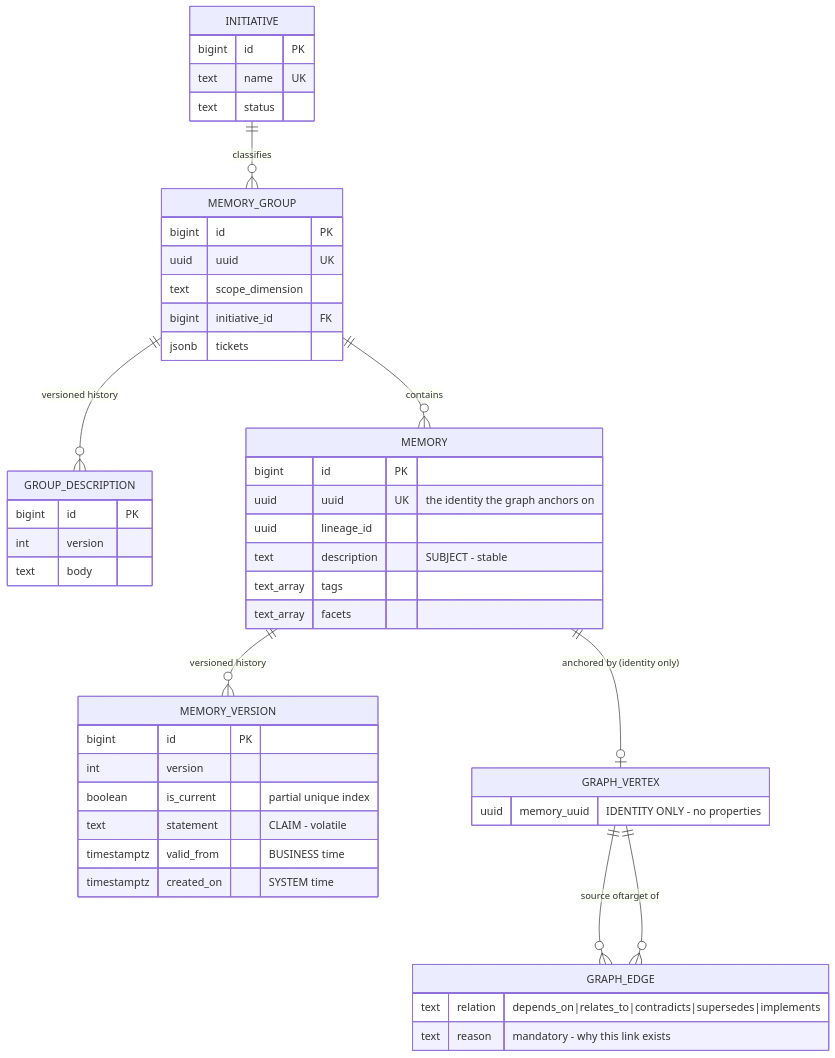
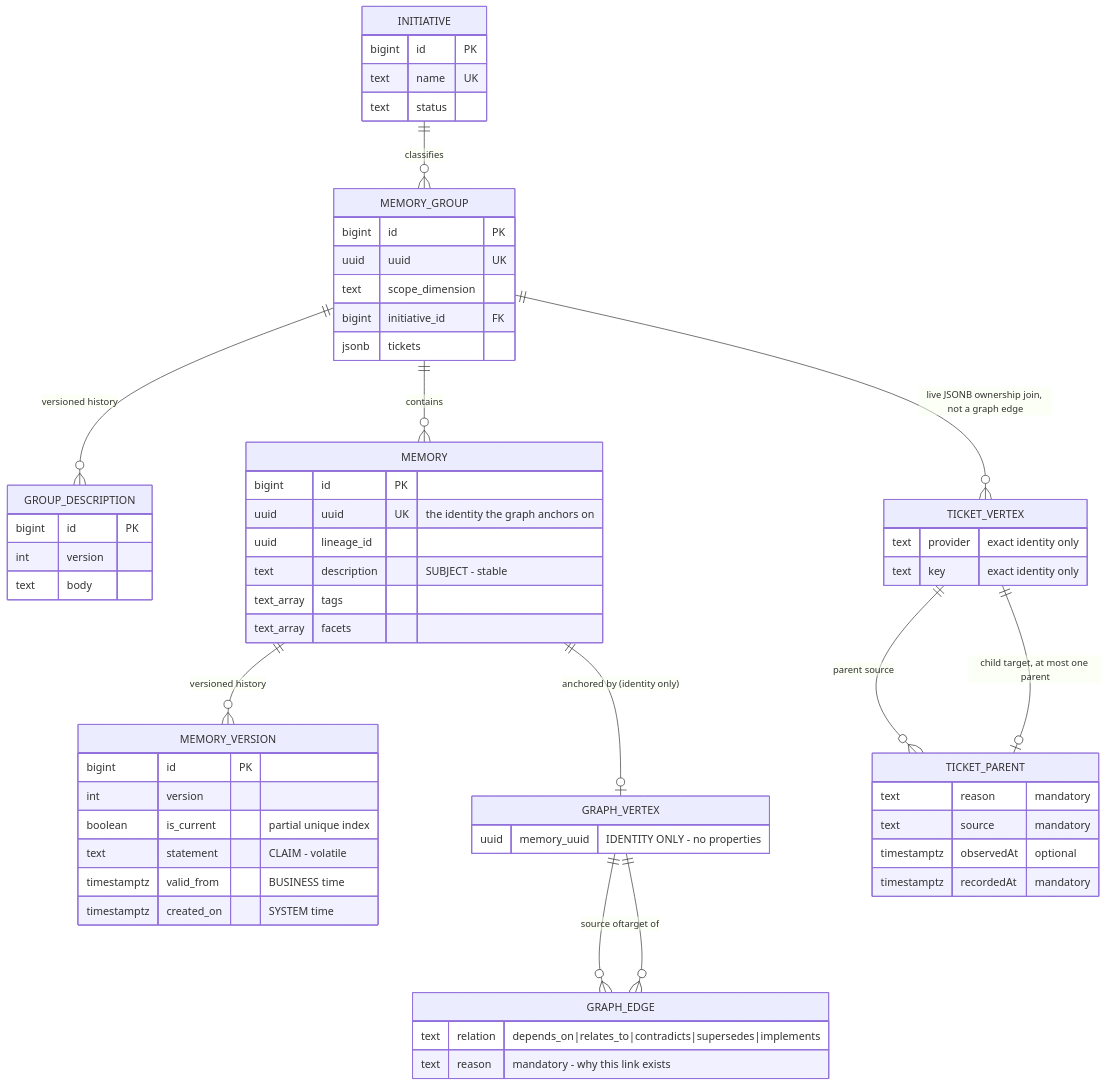
The second of 3 diagrams in docs/hlds/003-graph-edges-on-age/diagrams/c4-context.md (generic-automation-and-it/smooth-ai-product-context-memory), drawn with Mermaid before and after one commit. The commit also changed other lines of this file and 59 other files, not shown here.

````diff
--- a/docs/hlds/003-graph-edges-on-age/diagrams/c4-context.md
+++ b/docs/hlds/003-graph-edges-on-age/diagrams/c4-context.md
@@ -47,51 +49,64 @@
 ```mermaid
 erDiagram
     INITIATIVE ||--o{ MEMORY_GROUP : "classifies"
     MEMORY_GROUP ||--o{ GROUP_DESCRIPTION : "versioned history"
     MEMORY_GROUP ||--o{ MEMORY : "contains"
     MEMORY ||--o{ MEMORY_VERSION : "versioned history"
     MEMORY ||--o| GRAPH_VERTEX : "anchored by (identity only)"
     GRAPH_VERTEX ||--o{ GRAPH_EDGE : "source of"
     GRAPH_VERTEX ||--o{ GRAPH_EDGE : "target of"
+    MEMORY_GROUP ||--o{ TICKET_VERTEX : "live JSONB ownership join, not a graph edge"
+    TICKET_VERTEX ||--o{ TICKET_PARENT : "parent source"
+    TICKET_VERTEX ||--o| TICKET_PARENT : "child target, at most one parent"
 
     INITIATIVE {
         bigint id PK
         text name UK
         text status
     }
     MEMORY_GROUP {
         bigint id PK
         uuid uuid UK
         text scope_dimension
         bigint initiative_id FK
         jsonb tickets
     }
     GROUP_DESCRIPTION {
         bigint id PK
         int version
         text body
     }
     MEMORY {
         bigint id PK
         uuid uuid UK "the identity the graph anchors on"
         uuid lineage_id
         text description "SUBJECT - stable"
         text_array tags
         text_array facets
     }
     MEMORY_VERSION {
         bigint id PK
         int version
         boolean is_current "partial unique index"
         text statement "CLAIM - volatile"
         timestamptz valid_from "BUSINESS time"
         timestamptz created_on "SYSTEM time"
     }
     GRAPH_VERTEX {
         uuid memory_uuid "IDENTITY ONLY - no properties"
     }
     GRAPH_EDGE {
         text relation "depends_on|relates_to|contradicts|supersedes|implements"
         text reason "mandatory - why this link exists"
     }
+    TICKET_VERTEX {
+        text provider "exact identity only"
+        text key "exact identity only"
+    }
+    TICKET_PARENT {
+        text reason "mandatory"
+        text source "mandatory"
+        timestamptz observedAt "optional"
+        timestamptz recordedAt "mandatory"
+    }
 ```
````
